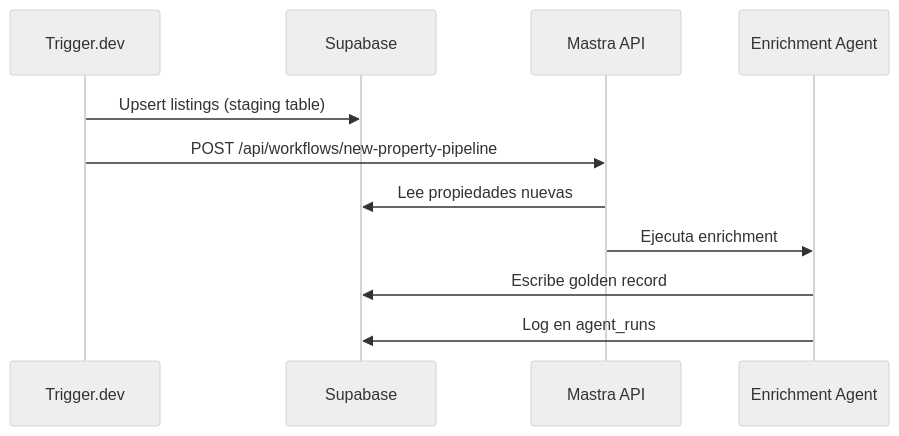
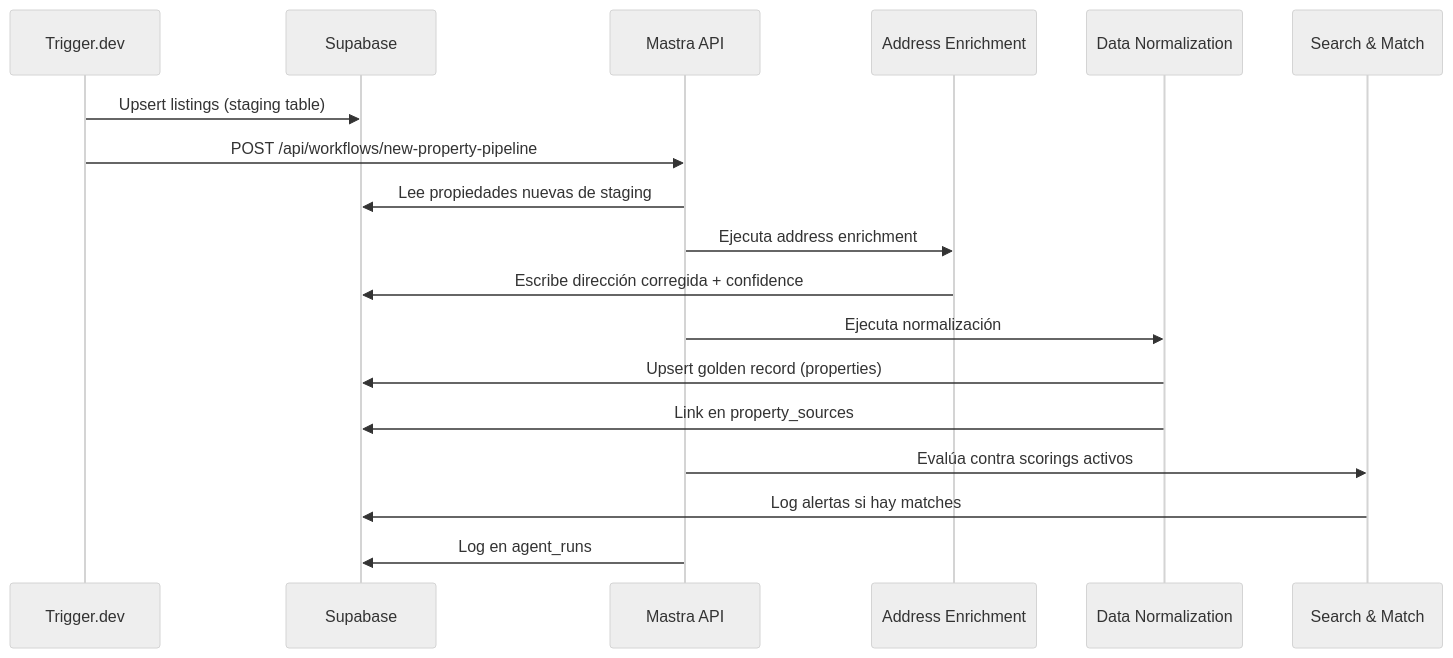
Before and after one commit to pablo-beiqa/beiqa-real-estate-platform: the third of 6 diagrams in 02-Architecture/Agent-Architecture.md, drawn with Mermaid (neutral theme). The commit also changed other lines of this file and 18 other files, not shown here.

````diff
--- a/02-Architecture/Agent-Architecture.md
+++ b/02-Architecture/Agent-Architecture.md
@@ -222,14 +609,21 @@
 ```mermaid
 sequenceDiagram
     participant TD as Trigger.dev
     participant SB as Supabase
     participant MA as Mastra API
-    participant Agent as Enrichment Agent
+    participant AE as Address Enrichment
+    participant DN as Data Normalization
+    participant SM as Search & Match
 
     TD->>SB: Upsert listings (staging table)
     TD->>MA: POST /api/workflows/new-property-pipeline
-    MA->>SB: Lee propiedades nuevas
-    MA->>Agent: Ejecuta enrichment
-    Agent->>SB: Escribe golden record
-    Agent->>SB: Log en agent_runs
+    MA->>SB: Lee propiedades nuevas de staging
+    MA->>AE: Ejecuta address enrichment
+    AE->>SB: Escribe dirección corregida + confidence
+    MA->>DN: Ejecuta normalización
+    DN->>SB: Upsert golden record (properties)
+    DN->>SB: Link en property_sources
+    MA->>SM: Evalúa contra scorings activos
+    SM->>SB: Log alertas si hay matches
+    MA->>SB: Log en agent_runs
 ```
````
